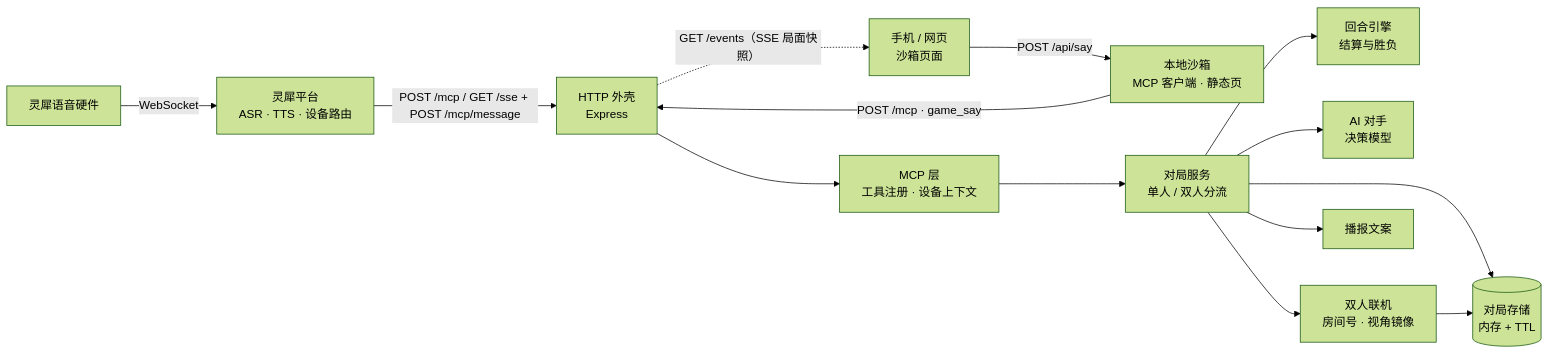
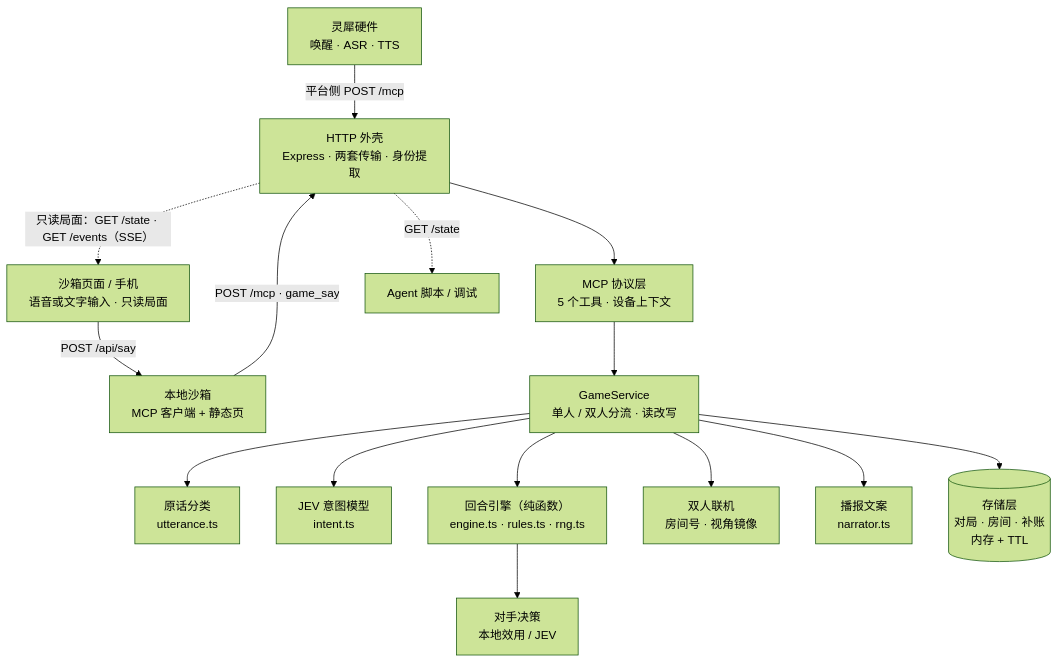
One commit to sorcerer-ma/linx-fighter changed the diagram in README.md. Above: the diagram before and after it, drawn with Mermaid (forest theme). The commit also changed other lines of this file, not shown here.

````diff
--- a/README.md
+++ b/README.md
@@ -149,16 +161,17 @@
 ```mermaid
-flowchart LR
-  Device[灵犀语音硬件] -- WebSocket --> Platform[灵犀平台<br/>ASR · TTS · 设备路由]
-  Browser[手机 / 网页<br/>沙箱页面] -- "POST /api/say" --> Sandbox[本地沙箱<br/>MCP 客户端 · 静态页]
-  Platform -- "POST /mcp / GET /sse + POST /mcp/message" --> Http[HTTP 外壳<br/>Express]
+flowchart TB
+  Device["灵犀硬件<br/>唤醒 · ASR · TTS"] -- "平台侧 POST /mcp" --> Http
+  Web["沙箱页面 / 手机<br/>语音或文字输入 · 只读局面"] -- "POST /api/say" --> Sandbox["本地沙箱<br/>MCP 客户端 + 静态页"]
   Sandbox -- "POST /mcp · game_say" --> Http
-  Http -. "GET /events（SSE 局面快照）" .-> Browser
-  Http --> Mcp[MCP 层<br/>工具注册 · 设备上下文]
-  Mcp --> Game[对局服务<br/>单人 / 双人分流]
-  Game --> Engine[回合引擎<br/>结算与胜负]
-  Game --> Enemy[AI 对手<br/>决策模型]
-  Game --> Pvp[双人联机<br/>房间号 · 视角镜像]
-  Game --> Narrator[播报文案]
-  Game --> Store[(对局存储<br/>内存 + TTL)]
-  Pvp --> Store
+  Http["HTTP 外壳<br/>Express · 两套传输 · 身份提取"] --> Mcp["MCP 协议层<br/>5 个工具 · 设备上下文"]
+  Mcp --> Service["GameService<br/>单人 / 双人分流 · 读改写"]
+  Service --> Utterance["原话分类<br/>utterance.ts"]
+  Service --> Intent["JEV 意图模型<br/>intent.ts"]
+  Service --> Engine["回合引擎（纯函数）<br/>engine.ts · rules.ts · rng.ts"]
+  Engine --> Enemy["对手决策<br/>本地效用 / JEV"]
+  Service --> Pvp["双人联机<br/>房间号 · 视角镜像"]
+  Service --> Narrator["播报文案<br/>narrator.ts"]
+  Service --> Stores[("存储层<br/>对局 · 房间 · 补账<br/>内存 + TTL")]
+  Http -.->|"只读局面：GET /state · GET /events（SSE）"| Web
+  Http -.->|"GET /state"| Agent["Agent 脚本 / 调试"]
 ```
````
